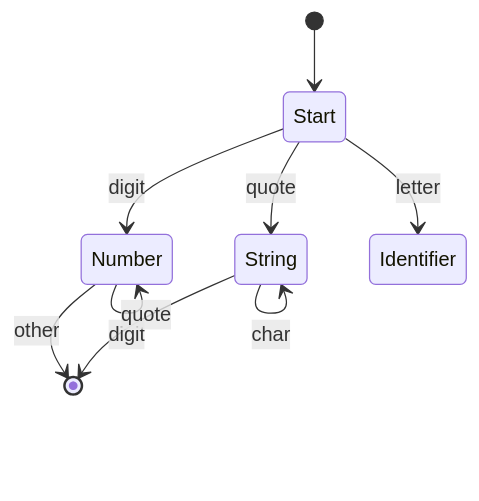
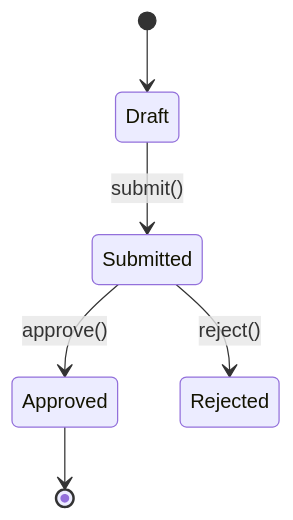
Before and after one commit to runkids/claude-skill-registry: the fourth of 4 diagrams in skills/data/mermaid-diagrams/SKILL.md, drawn with Mermaid. The commit also changed other lines of this file and 32285 other files, not shown here.

````diff
--- a/skills/data/mermaid-diagrams/SKILL.md
+++ b/skills/data/mermaid-diagrams/SKILL.md
@@ -55,11 +103,8 @@
 ```mermaid
 stateDiagram-v2
-    [*] --> Start
-    Start --> Number: digit
-    Start --> String: quote
-    Start --> Identifier: letter
-    Number --> Number: digit
-    Number --> [*]: other
-    String --> String: char
-    String --> [*]: quote
+    [*] --> Draft
+    Draft --> Submitted : submit()
+    Submitted --> Approved : approve()
+    Submitted --> Rejected : reject()
+    Approved --> [*]
 ```
````
